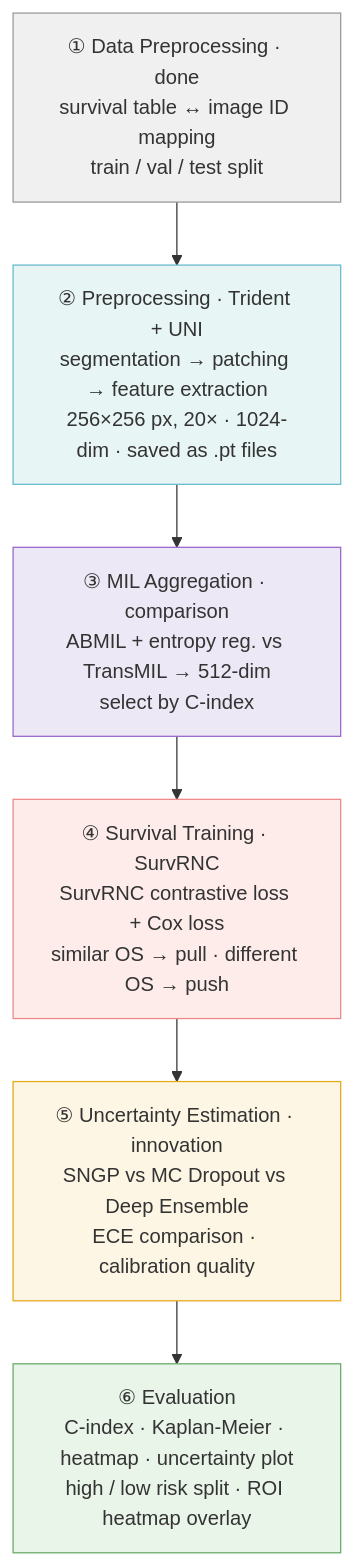
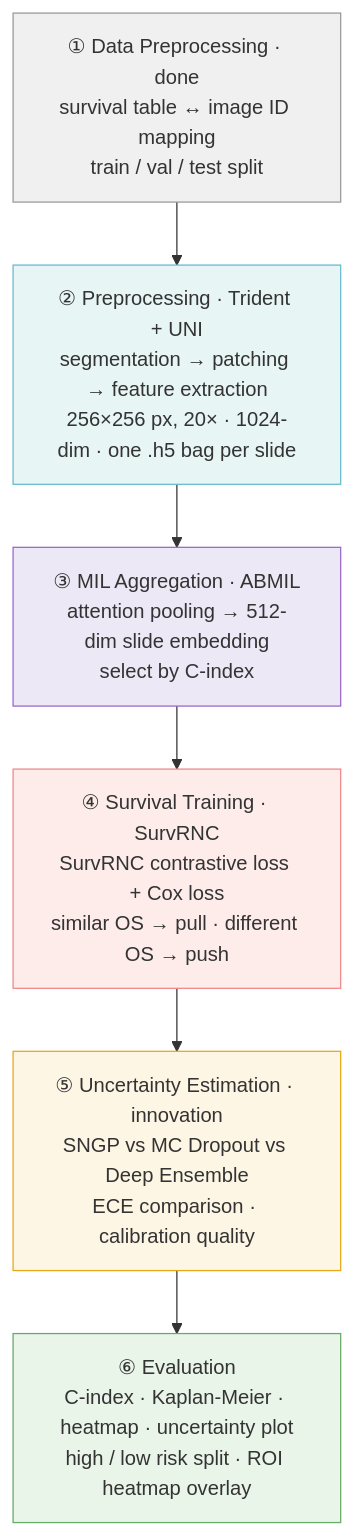
Before and after one commit to RobertxPearce/uncertainty-aware-histopathology-survival-analysis: the diagram in README.md, drawn with Mermaid. The commit also changed other lines of this file and 1 other file, not shown here.

Commit message:
Add mermaid diagrams

````diff
--- a/README.md
+++ b/README.md
@@ -7,18 +7,18 @@
 ```mermaid
 flowchart TD
     A["① Data Preprocessing · done\nsurvival table ↔ image ID mapping\ntrain / val / test split"]
-    B["② Preprocessing · Trident + UNI\nsegmentation → patching → feature extraction\n256×256 px, 20× · 1024-dim · saved as .pt files"]
-    C["③ MIL Aggregation · comparison\nABMIL + entropy reg. vs TransMIL → 512-dim\nselect by C-index"]
+    B["② Preprocessing · Trident + UNI\nsegmentation → patching → feature extraction\n256×256 px, 20× · 1024-dim · one .h5 bag per slide"]
+    C["③ MIL Aggregation · ABMIL\nattention pooling → 512-dim slide embedding\nselect by C-index"]
     D["④ Survival Training · SurvRNC\nSurvRNC contrastive loss + Cox loss\nsimilar OS → pull · different OS → push"]
     E["⑤ Uncertainty Estimation · innovation\nSNGP vs MC Dropout vs Deep Ensemble\nECE comparison · calibration quality"]
     F["⑥ Evaluation\nC-index · Kaplan-Meier · heatmap · uncertainty plot\nhigh / low risk split · ROI heatmap overlay"]
 
     A --> B --> C --> D --> E --> F
 
     style A fill:#f0f0f0,stroke:#999
     style B fill:#e8f5f5,stroke:#6bc
     style C fill:#ede8f5,stroke:#96c
     style D fill:#fdecea,stroke:#e88
     style E fill:#fef6e4,stroke:#e6a817
     style F fill:#eaf5ea,stroke:#6a6
 ```
````
